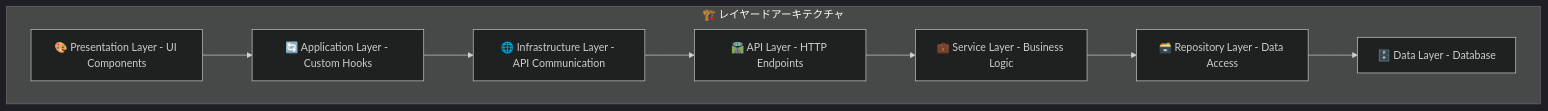
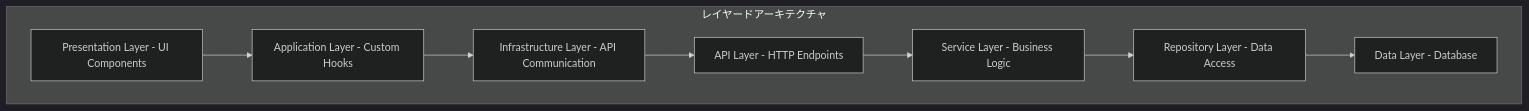
Before and after one commit to KITA-DS12/web-app-simple: diagram 28 of 29 in lecture-materials.md, drawn with Mermaid (dark theme). The commit also changed other lines of this file, not shown here.

````diff
--- a/lecture-materials.md
+++ b/lecture-materials.md
@@ -1930,19 +1930,19 @@
 ```mermaid
 graph TB
-    subgraph "🏗️ レイヤードアーキテクチャ"
-        A["🎨 Presentation Layer - UI Components"]
-        B["🔄 Application Layer - Custom Hooks"]
-        C["🌐 Infrastructure Layer - API Communication"]
-        D["🛣️ API Layer - HTTP Endpoints"]
-        E["💼 Service Layer - Business Logic"]
-        F["🗃️ Repository Layer - Data Access"]
-        G["🗄️ Data Layer - Database"]
-        
+    subgraph "レイヤードアーキテクチャ"
+        A["Presentation Layer - UI Components"]
+        B["Application Layer - Custom Hooks"]
+        C["Infrastructure Layer - API Communication"]
+        D["API Layer - HTTP Endpoints"]
+        E["Service Layer - Business Logic"]
+        F["Repository Layer - Data Access"]
+        G["Data Layer - Database"]
+
         A --> B
         B --> C
         C --> D
         D --> E
         E --> F
         F --> G
     end
 ```
````
